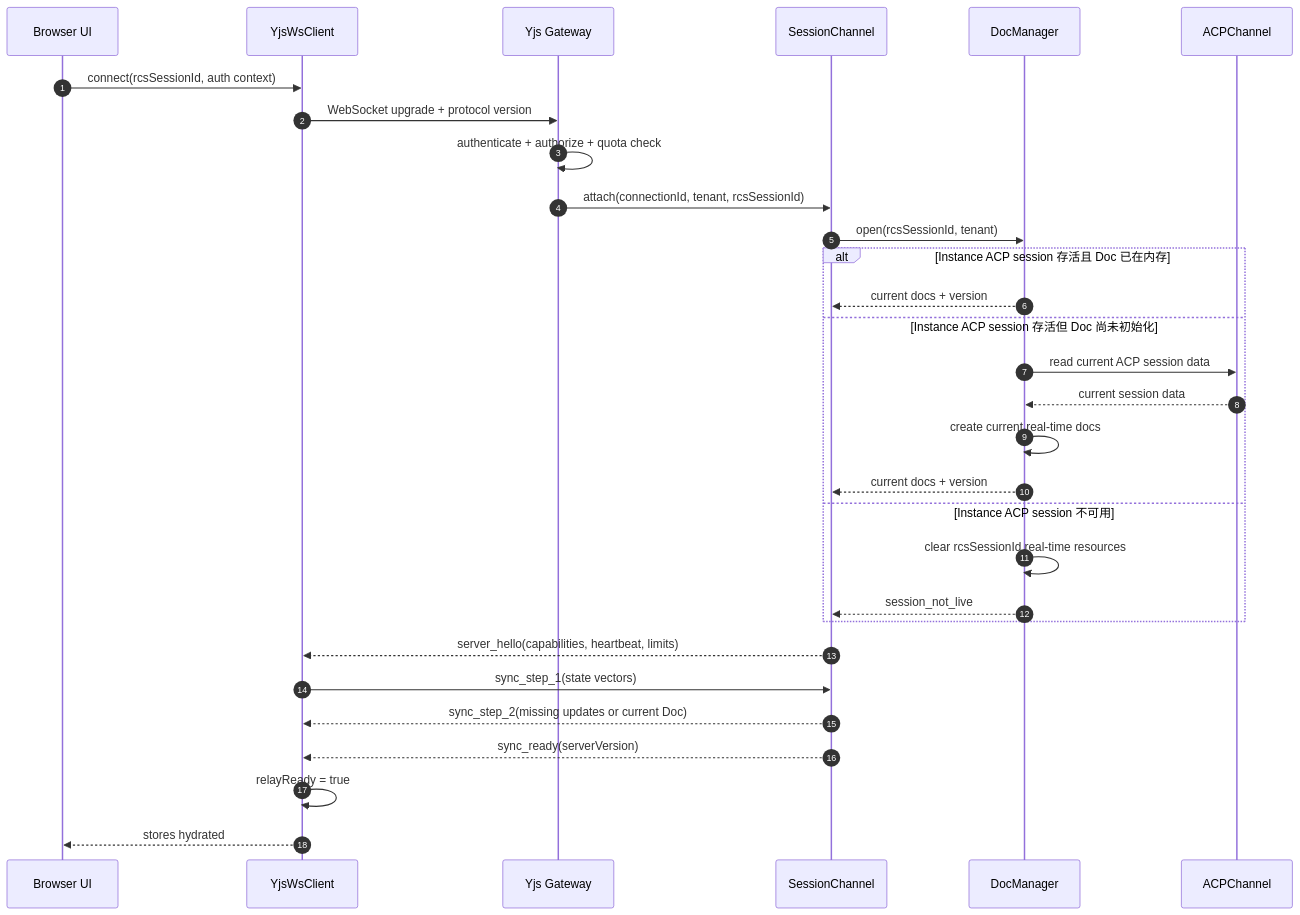
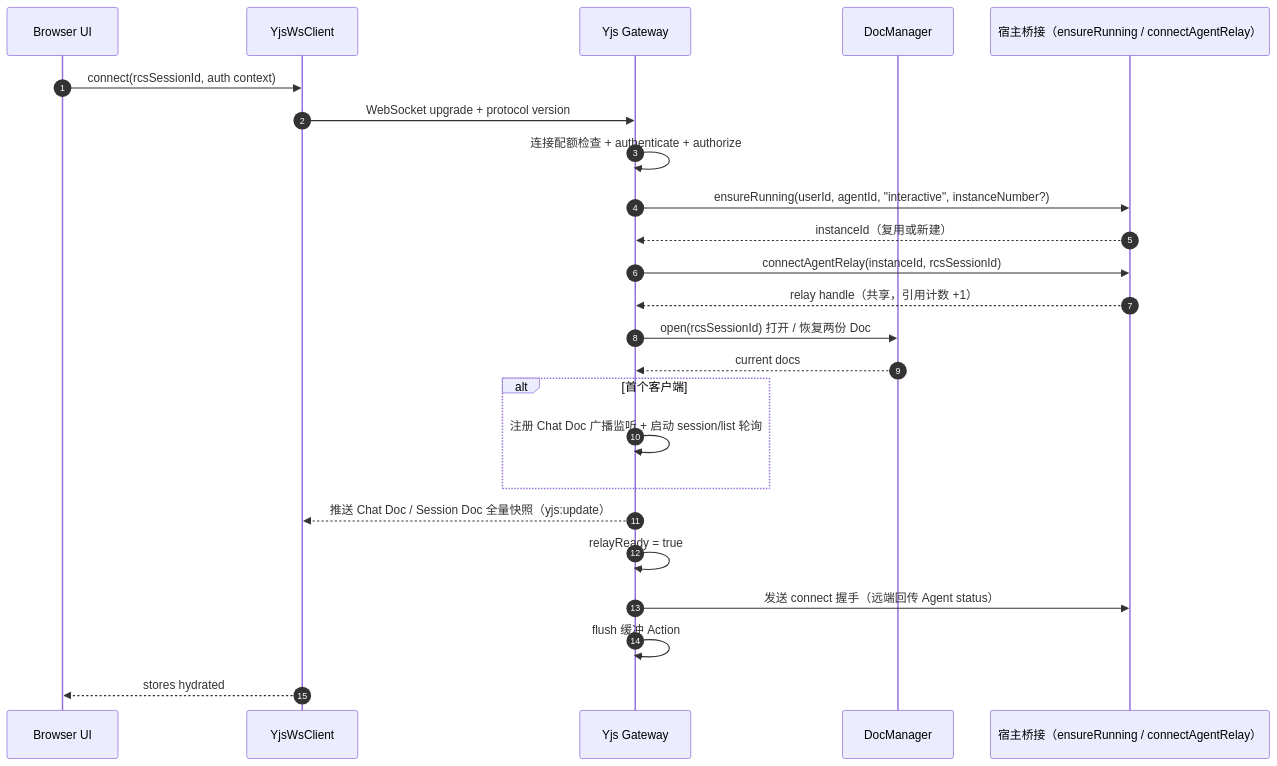
One commit to HuangPuStar/FenixAgent changed the third of 10 diagrams in docs/arch/19-yjs-chat-streaming.md. Above: the diagram before and after it, drawn with Mermaid. The commit also changed other lines of this file and 2 other files, not shown here.

````diff
--- a/docs/arch/19-yjs-chat-streaming.md
+++ b/docs/arch/19-yjs-chat-streaming.md
@@ -208,33 +229,27 @@
 ```mermaid
 sequenceDiagram
     autonumber
     participant UI as Browser UI
     participant YC as YjsWsClient
     participant GW as Yjs Gateway
-    participant SC as SessionChannel
     participant DM as DocManager
-    participant ACP as ACPChannel
+    participant IB as 宿主桥接（ensureRunning / connectAgentRelay）
 
     UI->>YC: connect(rcsSessionId, auth context)
     YC->>GW: WebSocket upgrade + protocol version
-    GW->>GW: authenticate + authorize + quota check
-    GW->>SC: attach(connectionId, tenant, rcsSessionId)
-    SC->>DM: open(rcsSessionId, tenant)
-    alt Instance ACP session 存活且 Doc 已在内存
-        DM-->>SC: current docs + version
-    else Instance ACP session 存活但 Doc 尚未初始化
-        DM->>ACP: read current ACP session data
-        ACP-->>DM: current session data
-        DM->>DM: create current real-time docs
-        DM-->>SC: current docs + version
-    else Instance ACP session 不可用
-        DM->>DM: clear rcsSessionId real-time resources
-        DM-->>SC: session_not_live
+    GW->>GW: 连接配额检查 + authenticate + authorize
+    GW->>IB: ensureRunning(userId, agentId, "interactive", instanceNumber?)
+    IB-->>GW: instanceId（复用或新建）
+    GW->>IB: connectAgentRelay(instanceId, rcsSessionId)
+    IB-->>GW: relay handle（共享，引用计数 +1）
+    GW->>DM: open(rcsSessionId) 打开 / 恢复两份 Doc
+    DM-->>GW: current docs
+    alt 首个客户端
+        GW->>GW: 注册 Chat Doc 广播监听 + 启动 session/list 轮询
     end
-    SC-->>YC: server_hello(capabilities, heartbeat, limits)
-    YC->>SC: sync_step_1(state vectors)
-    SC-->>YC: sync_step_2(missing updates or current Doc)
-    SC-->>YC: sync_ready(serverVersion)
-    YC->>YC: relayReady = true
+    GW-->>YC: 推送 Chat Doc / Session Doc 全量快照（yjs:update）
+    GW->>GW: relayReady = true
+    GW->>IB: 发送 connect 握手（远端回传 Agent status）
+    GW->>GW: flush 缓冲 Action
     YC-->>UI: stores hydrated
 ```
````
